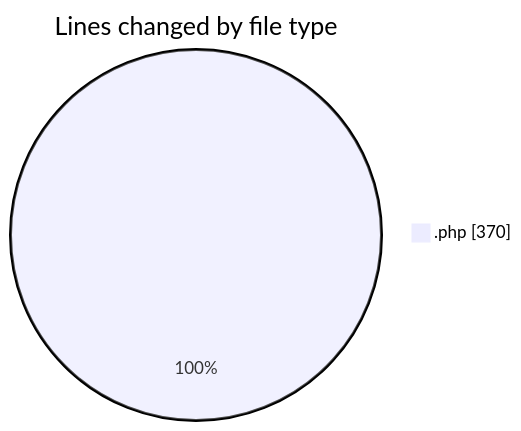
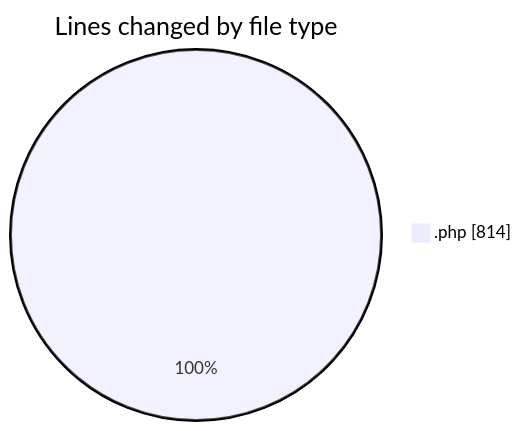
Before and after one commit to idhammustaqopulfikri/code-tracking: the first of 2 diagrams in 2025-06-20/studio-backend/README.md, drawn with Mermaid. The commit also changed other lines of this file and 1 other file, not shown here.

````diff
--- a/2025-06-20/studio-backend/README.md
+++ b/2025-06-20/studio-backend/README.md
@@ -20,5 +21,5 @@
 ```mermaid
 pie showData
 title Lines changed by file type
-".php" : 370
+".php" : 814
 ```
````
